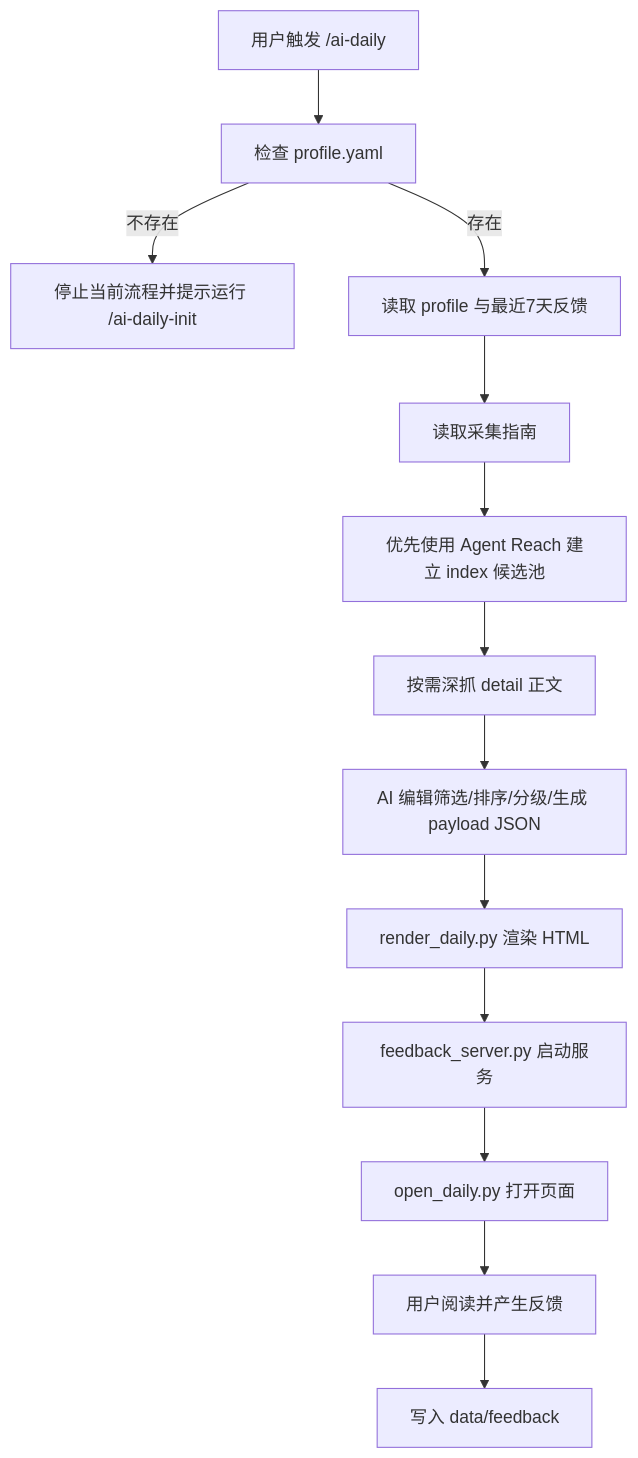
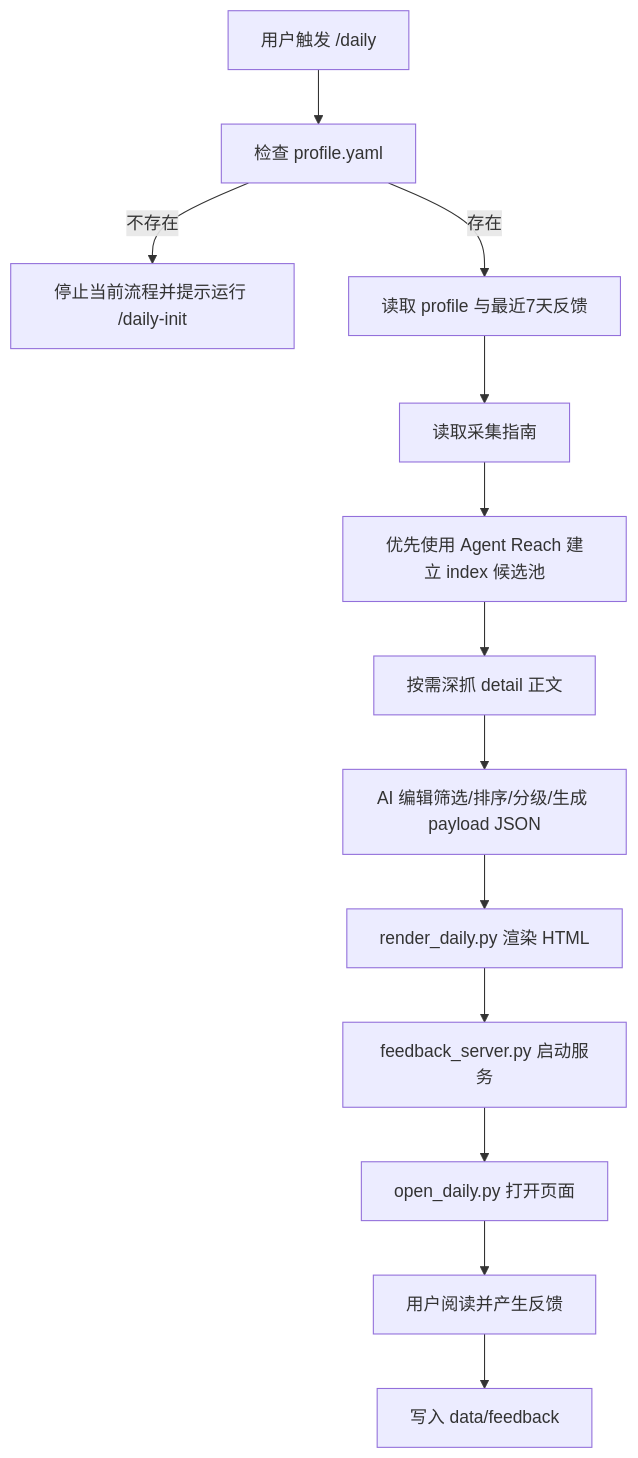
The second of 3 diagrams in PRD.md (dagehaoshuang-dev/ai-daily), drawn with Mermaid before and after one commit. The commit also changed other lines of this file and 15 other files, not shown here.

````diff
--- a/PRD.md
+++ b/PRD.md
@@ -233,15 +235,15 @@
 ```mermaid
 flowchart TD
-    A["用户触发 /ai-daily"] --> B["检查 profile.yaml"]
-    B -->|不存在| C["停止当前流程并提示运行 /ai-daily-init"]
+    A["用户触发 /daily"] --> B["检查 profile.yaml"]
+    B -->|不存在| C["停止当前流程并提示运行 /daily-init"]
     B -->|存在| D["读取 profile 与最近7天反馈"]
     D --> E["读取采集指南"]
     E --> F["优先使用 Agent Reach 建立 index 候选池"]
     F --> G["按需深抓 detail 正文"]
     G --> H["AI 编辑筛选/排序/分级/生成 payload JSON"]
     H --> I["render_daily.py 渲染 HTML"]
     I --> J["feedback_server.py 启动服务"]
     J --> K["open_daily.py 打开页面"]
     K --> L["用户阅读并产生反馈"]
     L --> M["写入 data/feedback"]
 ```
````
